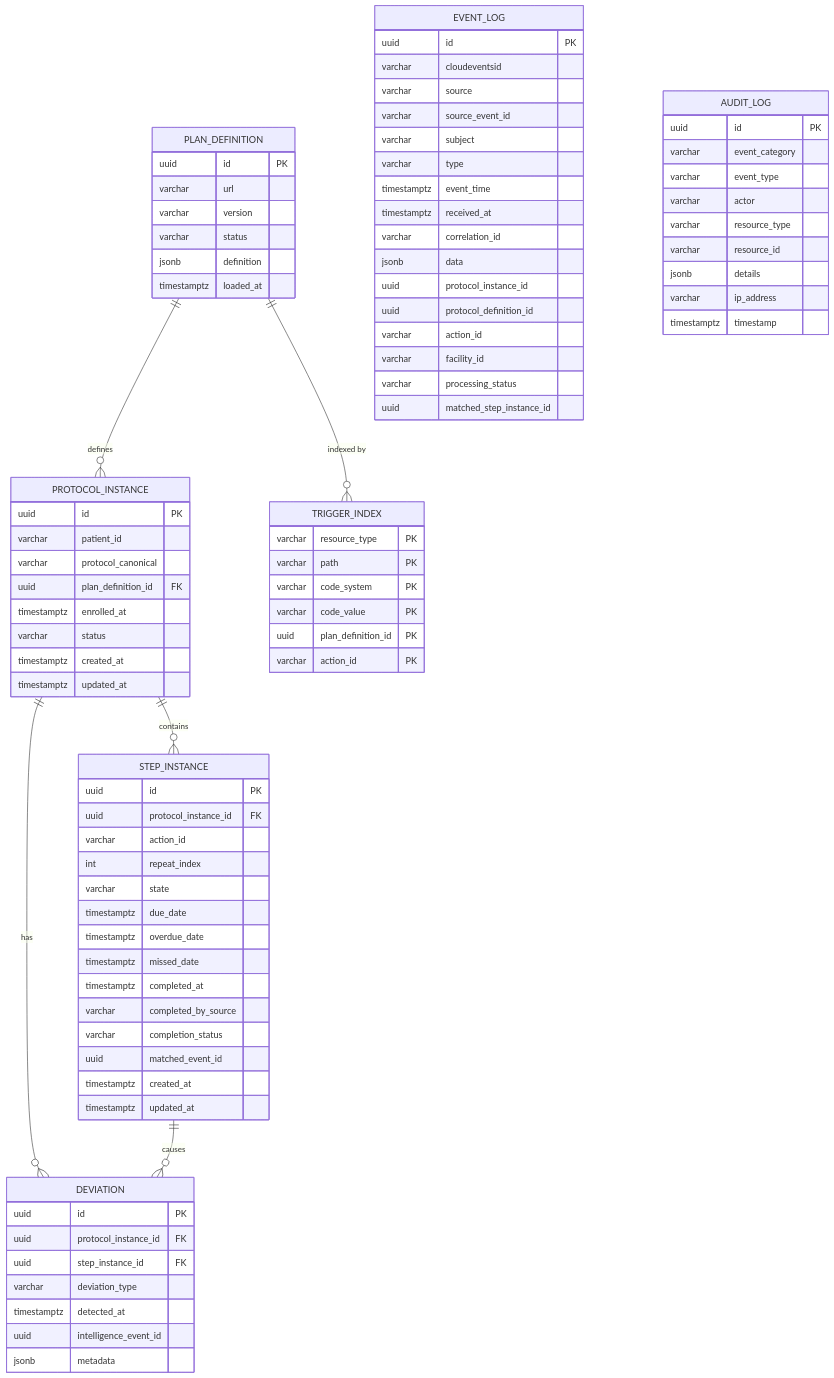
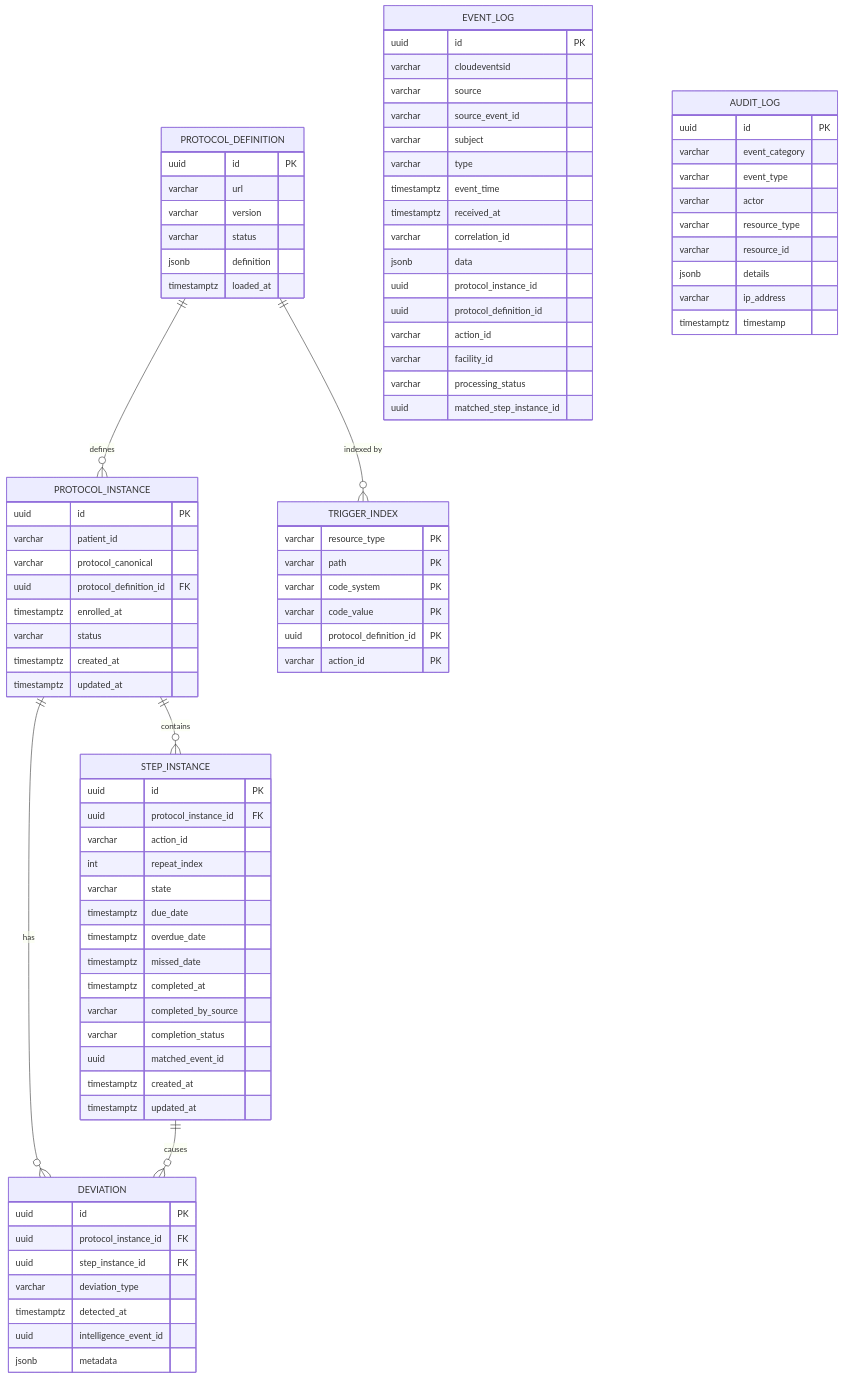
One commit to Jayaprakash8887/cce-compliance-service changed the diagram in docs/data-dictionary.md. Above: the diagram before and after it, drawn with Mermaid. The commit also changed other lines of this file and 4 other files, not shown here.

````diff
--- a/docs/data-dictionary.md
+++ b/docs/data-dictionary.md
@@ -29,12 +29,12 @@
 ```mermaid
 erDiagram
-    PLAN_DEFINITION ||--o{ PROTOCOL_INSTANCE : "defines"
-    PLAN_DEFINITION ||--o{ TRIGGER_INDEX : "indexed by"
+    PROTOCOL_DEFINITION ||--o{ PROTOCOL_INSTANCE : "defines"
+    PROTOCOL_DEFINITION ||--o{ TRIGGER_INDEX : "indexed by"
     PROTOCOL_INSTANCE ||--o{ STEP_INSTANCE : "contains"
     PROTOCOL_INSTANCE ||--o{ DEVIATION : "has"
     STEP_INSTANCE ||--o{ DEVIATION : "causes"
 
-    PLAN_DEFINITION {
+    PROTOCOL_DEFINITION {
         uuid id PK
         varchar url
         varchar version
@@ -47,7 +47,7 @@
         uuid id PK
         varchar patient_id
         varchar protocol_canonical
-        uuid plan_definition_id FK
+        uuid protocol_definition_id FK
         timestamptz enrolled_at
         varchar status
         timestamptz created_at
@@ -86,7 +86,7 @@
         varchar path PK
         varchar code_system PK
         varchar code_value PK
-        uuid plan_definition_id PK
+        uuid protocol_definition_id PK
         varchar action_id PK
     }
 
````
